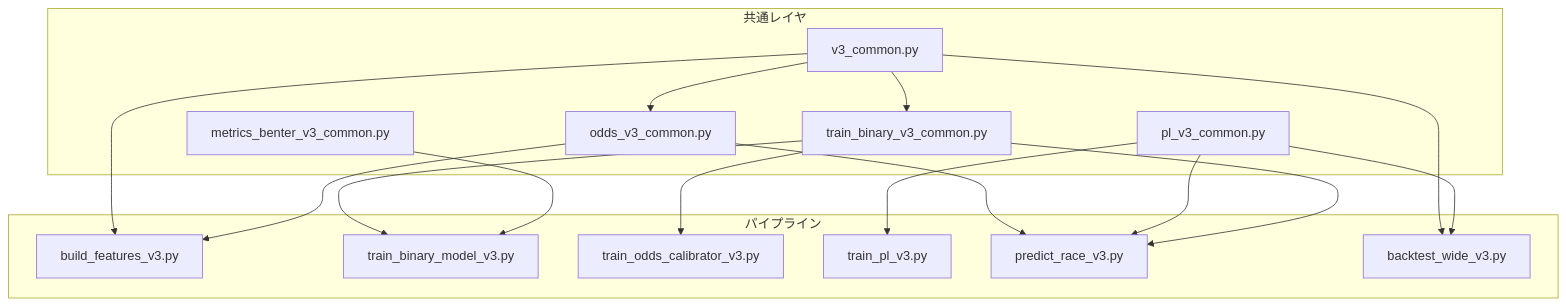
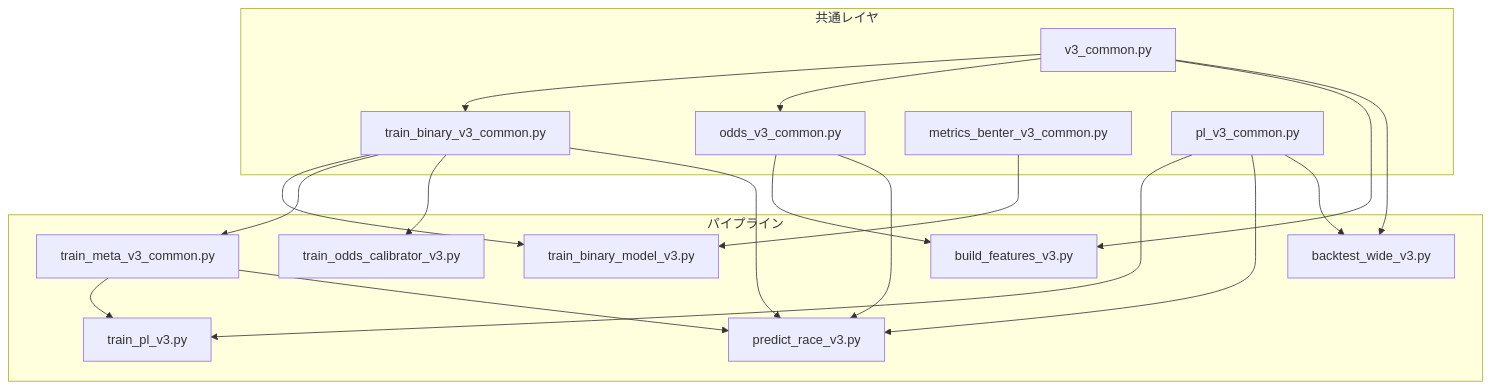
The diagram in docs/specs_v3/v3_01_全体アーキテクチャ.md (ShingoSatou/keiba), drawn with Mermaid before and after one commit. The commit also changed other lines of this file and 22 other files, not shown here.

````diff
--- a/docs/specs_v3/v3_01_全体アーキテクチャ.md
+++ b/docs/specs_v3/v3_01_全体アーキテクチャ.md
@@ -64,33 +70,37 @@
 ```mermaid
 graph TD
     subgraph 共通レイヤ
         VC[v3_common.py]
         TBC[train_binary_v3_common.py]
         OC[odds_v3_common.py]
         MB[metrics_benter_v3_common.py]
         PLC[pl_v3_common.py]
     end
 
     subgraph パイプライン
         BF[build_features_v3.py]
         TBM[train_binary_model_v3.py]
+        TMM[train_meta_v3_common.py]
         TOC[train_odds_calibrator_v3.py]
         TPL[train_pl_v3.py]
         PR[predict_race_v3.py]
         BW[backtest_wide_v3.py]
     end
 
     VC --> TBC
     VC --> OC
     VC --> BF
     VC --> BW
     OC --> BF
     OC --> PR
     TBC --> TBM
+    TBC --> TMM
     MB --> TBM
     TBC --> TOC
+    TMM --> TPL
+    TMM --> PR
     PLC --> TPL
     PLC --> PR
     PLC --> BW
     TBC --> PR
 ```
````
